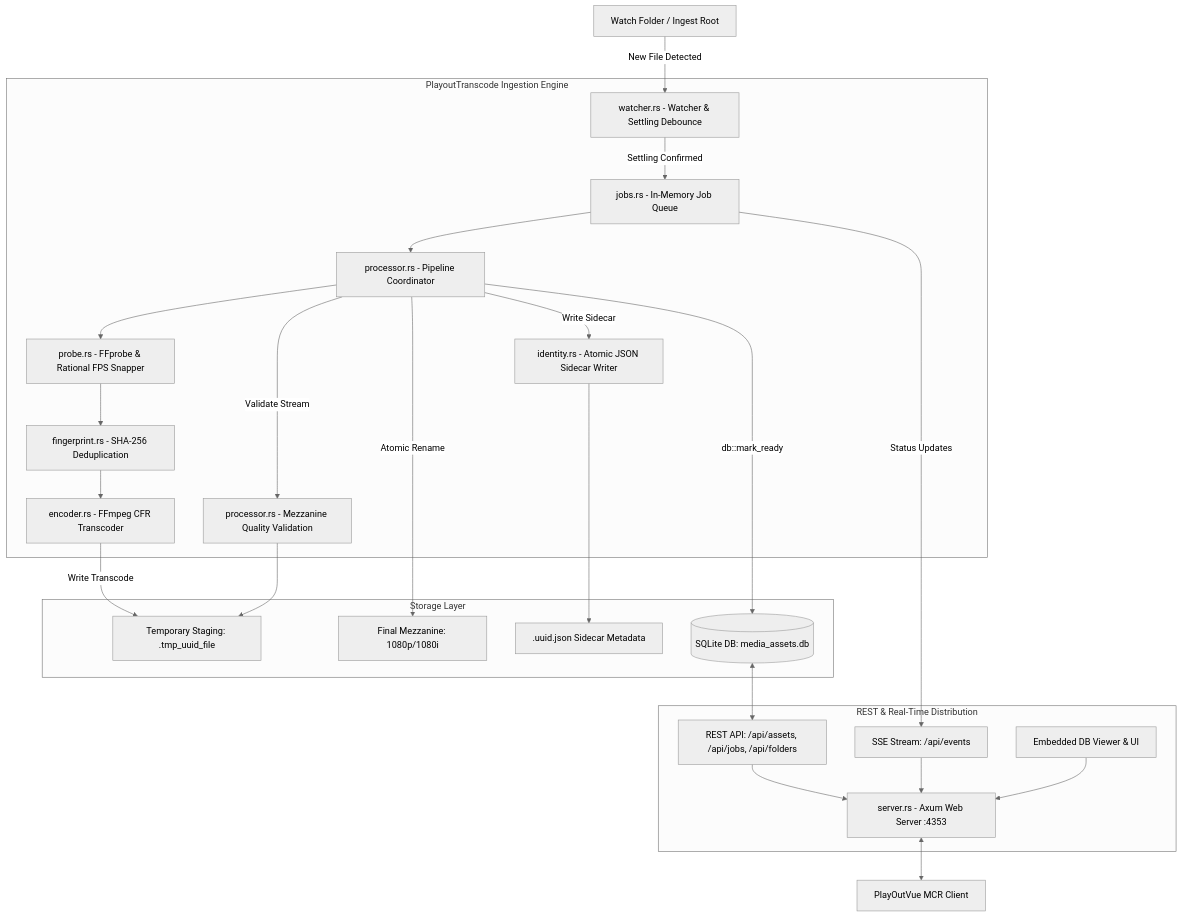
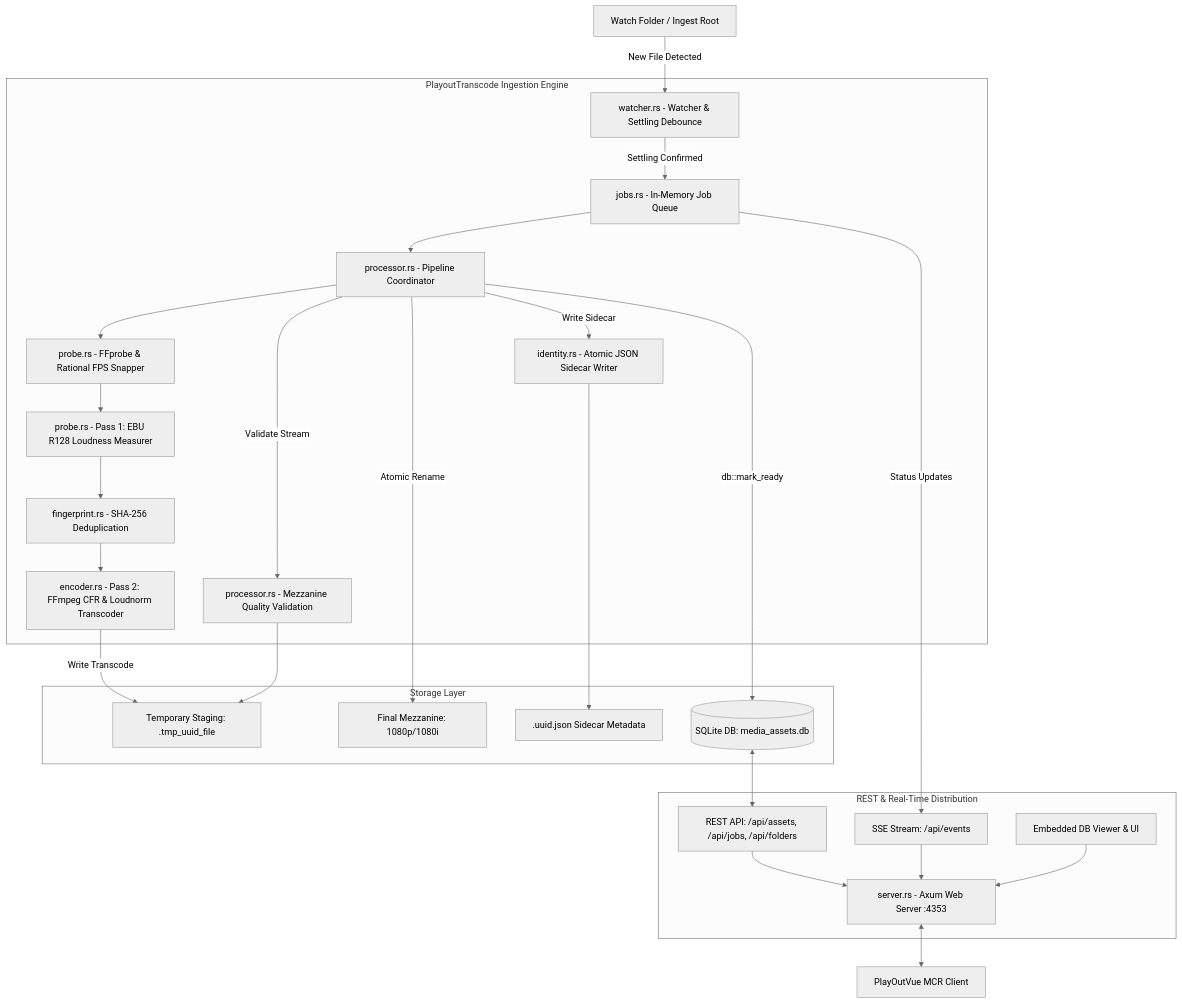
The diagram in README.md (Soranokuni/PlayoutTranscode), drawn with Mermaid (neutral theme) before and after one commit. The commit also changed other lines of this file, not shown here.

Commit message:
docs: add EBU R128 and ATSC A/85 audio loudness normalization specs

````diff
--- a/README.md
+++ b/README.md
@@ -18,46 +18,47 @@
 ```mermaid
 graph TD
     WatchFolder[Watch Folder / Ingest Root]
 
     subgraph Ingest [PlayoutTranscode Ingestion Engine]
         Watcher[watcher.rs - Watcher & Settling Debounce]
         Queue[jobs.rs - In-Memory Job Queue]
         Processor[processor.rs - Pipeline Coordinator]
         Probe[probe.rs - FFprobe & Rational FPS Snapper]
+        Loudness[probe.rs - Pass 1: EBU R128 Loudness Measurer]
         Fingerprint[fingerprint.rs - SHA-256 Deduplication]
-        Encoder[encoder.rs - FFmpeg CFR Transcoder]
+        Encoder[encoder.rs - Pass 2: FFmpeg CFR & Loudnorm Transcoder]
         Validator[processor.rs - Mezzanine Quality Validation]
         Sidecar[identity.rs - Atomic JSON Sidecar Writer]
     end
 
     subgraph Storage [Storage Layer]
         StagingFile[Temporary Staging: .tmp_uuid_file]
         Mezzanine[Final Mezzanine: 1080p/1080i]
         JSONFile[.uuid.json Sidecar Metadata]
         SQLite[(SQLite DB: media_assets.db)]
     end
 
     subgraph API [REST & Real-Time Distribution]
         Axum[server.rs - Axum Web Server :4353]
         REST[REST API: /api/assets, /api/jobs, /api/folders]
         SSE[SSE Stream: /api/events]
         DBViewer[Embedded DB Viewer & UI]
     end
 
     Client[PlayOutVue MCR Client]
 
     WatchFolder -->|New File Detected| Watcher
     Watcher -->|Settling Confirmed| Queue
     Queue --> Processor
-    Processor --> Probe --> Fingerprint --> Encoder
+    Processor --> Probe --> Loudness --> Fingerprint --> Encoder
     Encoder -->|Write Transcode| StagingFile
     Processor -->|Validate Stream| Validator
     Validator --> StagingFile
     Processor -->|Atomic Rename| Mezzanine
     Processor -->|Write Sidecar| Sidecar --> JSONFile
     Processor -->|db::mark_ready| SQLite
     SQLite <--> REST
     Queue -->|Status Updates| SSE
     REST & SSE & DBViewer --> Axum
     Axum <--> Client
 ```
````
